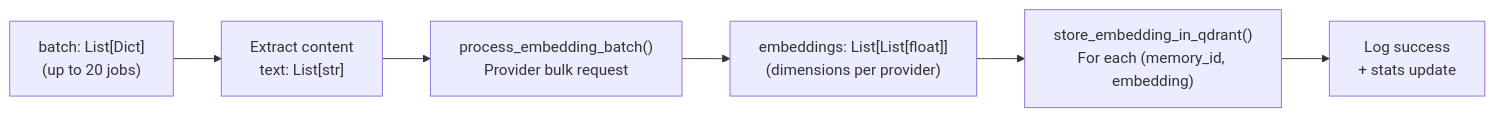
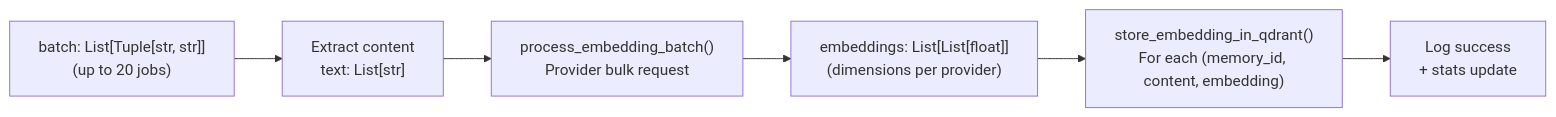
Before and after one commit to verygoodplugins/automem-website: the second of 2 diagrams in src/content/docs/docs/architecture/embeddings.md, drawn with Mermaid. The commit also changed other lines of this file and 1 other file, not shown here.

First line of the commit message:
docs: align embedding generation with automem 0.16.2 (#386)

````diff
--- a/src/content/docs/docs/architecture/embeddings.md
+++ b/src/content/docs/docs/architecture/embeddings.md
@@ -254,15 +256,15 @@
 ```mermaid
 graph LR
-    Batch["batch: List[Dict]<br/>(up to 20 jobs)"]
+    Batch["batch: List[Tuple[str, str]]<br/>(up to 20 jobs)"]
     Extract["Extract content<br/>text: List[str]"]
     Generate["process_embedding_batch()<br/>Provider bulk request"]
     Embeddings["embeddings: List[List[float]]<br/>(dimensions per provider)"]
-    Store["store_embedding_in_qdrant()<br/>For each (memory_id, embedding)"]
+    Store["store_embedding_in_qdrant()<br/>For each (memory_id, content, embedding)"]
     Success["Log success<br/>+ stats update"]
 
     Batch --> Extract
     Extract --> Generate
     Generate --> Embeddings
     Embeddings --> Store
     Store --> Success
 ```
````
